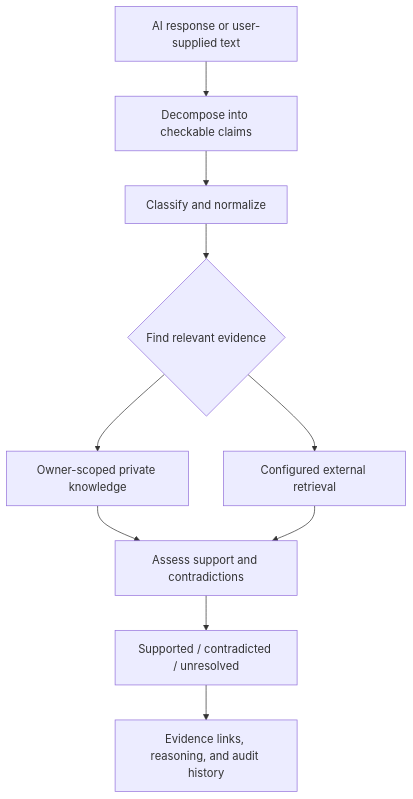
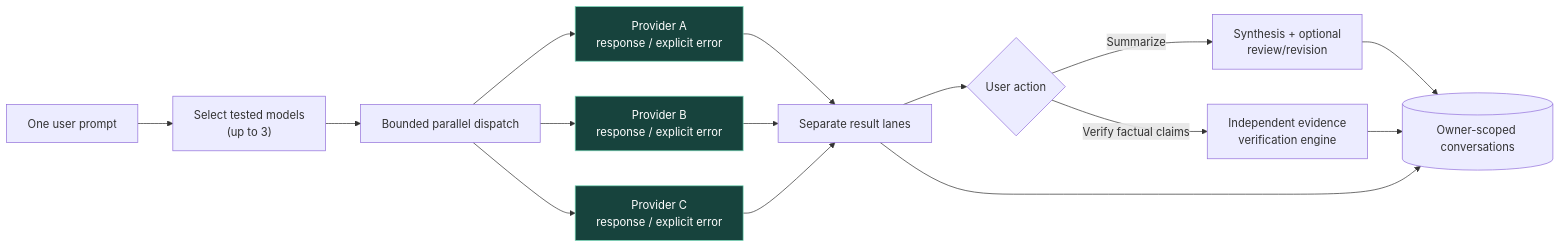
One commit to Arunprasath-2717/VerifAI changed the third of 5 diagrams in README.md. Above: the diagram before and after it, drawn with Mermaid. The commit also changed other lines of this file and 1 other file, not shown here.

Commit message:
docs: redesign README with animated architecture guide

````diff
--- a/README.md
+++ b/README.md
@@ -60,12 +205,20 @@
 ```mermaid
-flowchart TD
-    A["AI response or user-supplied text"] --> B["Decompose into checkable claims"]
-    B --> C["Classify and normalize"]
-    C --> D{"Find relevant evidence"}
-    D --> E["Owner-scoped private knowledge"]
-    D --> F["Configured external retrieval"]
-    E --> G["Assess support and contradictions"]
-    F --> G
-    G --> H["Supported / contradicted / unresolved"]
-    H --> I["Evidence links, reasoning, and audit history"]
+flowchart LR
+    PROMPT["One user prompt"] --> SELECT["Select tested models<br/>(up to 3)"]
+    SELECT --> FAN["Bounded parallel dispatch"]
+    FAN --> A["Provider A<br/>response / explicit error"]
+    FAN --> B["Provider B<br/>response / explicit error"]
+    FAN --> C["Provider C<br/>response / explicit error"]
+    A --> LANES["Separate result lanes"]
+    B --> LANES
+    C --> LANES
+    LANES --> CHOICE{"User action"}
+    CHOICE -->|Summarize| SYN["Synthesis + optional<br/>review/revision"]
+    CHOICE -->|Verify factual claims| VERIFY["Independent evidence<br/>verification engine"]
+    SYN --> HISTORY[("Owner-scoped conversations")]
+    VERIFY --> HISTORY
+    LANES --> HISTORY
+
+    classDef provider fill:#17433D,stroke:#70D6B5,color:#fff
+    class A,B,C provider
 ```
````
